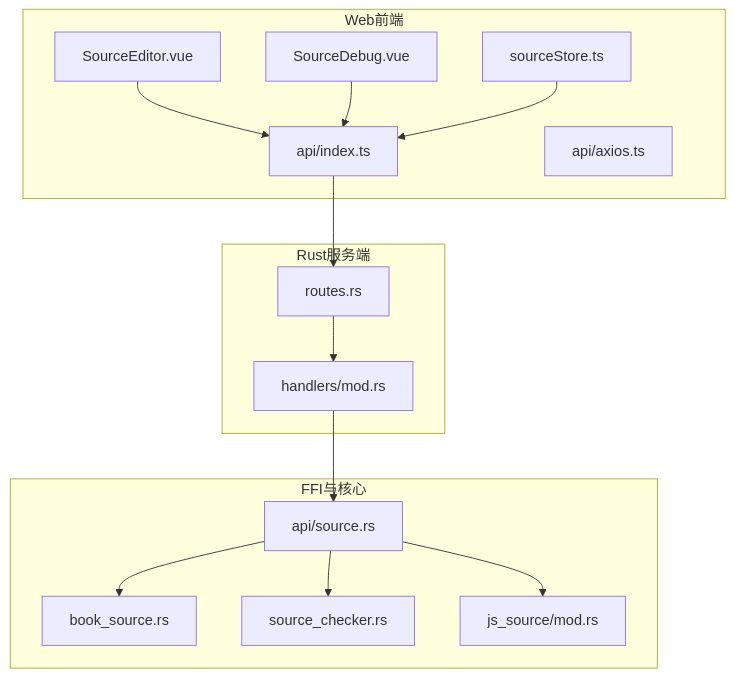
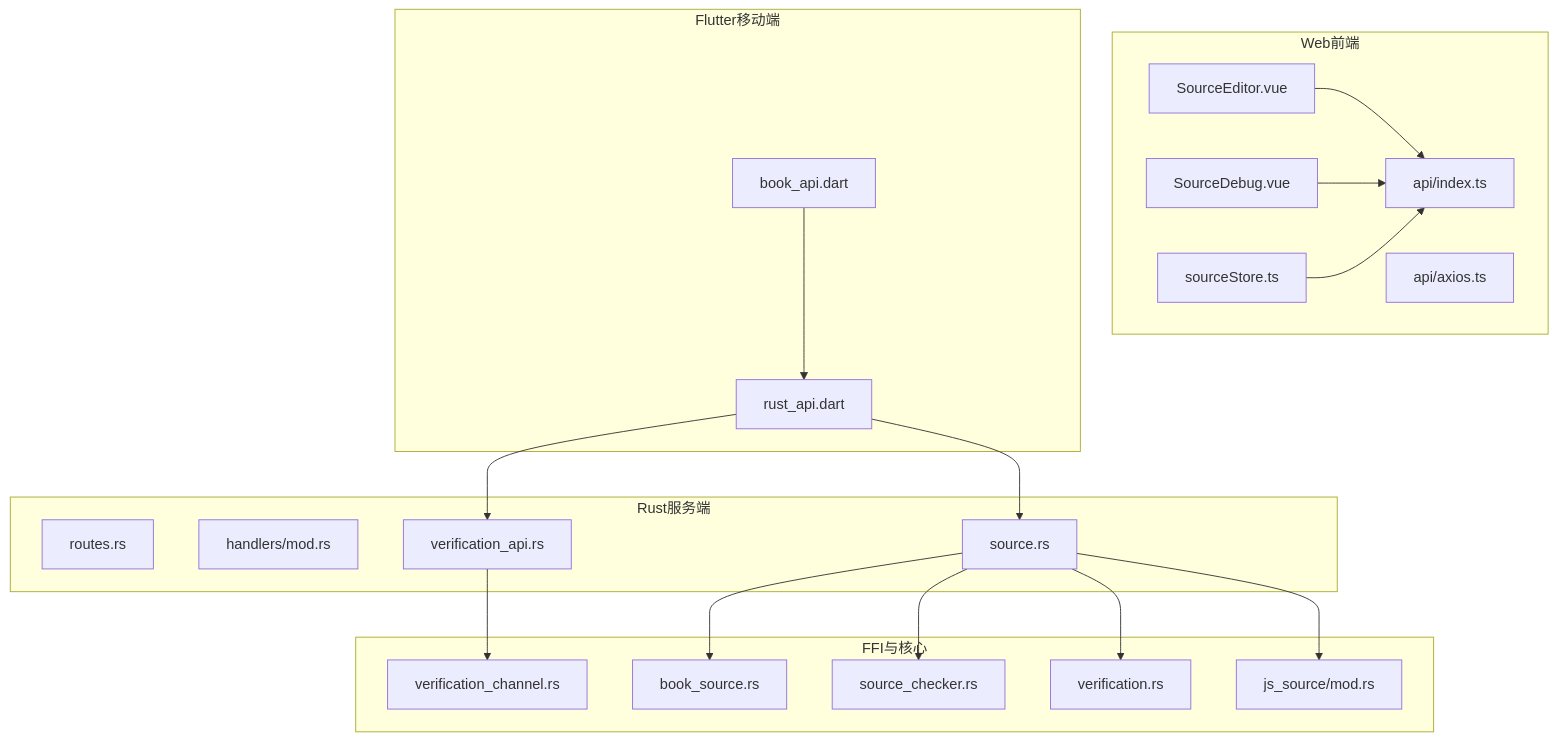
Before and after one commit to ZhangGHGitHub/LegadoTeamFlutter: the first of 5 diagrams in .qoder/repowiki/zh/content/API参考/RESTful API接口/源管理API.md, drawn with Mermaid. The commit also changed other lines of this file and 173 other files, not shown here.

````diff
--- a/.qoder/repowiki/zh/content/API参考/RESTful API接口/源管理API.md
+++ b/.qoder/repowiki/zh/content/API参考/RESTful API接口/源管理API.md
@@ -40,29 +57,38 @@
 ```mermaid
 graph TB
 subgraph "Web前端"
 A["SourceEditor.vue"]
 B["SourceDebug.vue"]
 C["sourceStore.ts"]
 D["api/index.ts"]
 E["api/axios.ts"]
 end
+subgraph "Flutter移动端"
+F["book_api.dart"]
+G["rust_api.dart"]
+end
 subgraph "Rust服务端"
-R1["routes.rs"]
-R2["handlers/mod.rs"]
+H["routes.rs"]
+I["handlers/mod.rs"]
+J["verification_api.rs"]
+K["source.rs"]
 end
 subgraph "FFI与核心"
-F1["api/source.rs"]
-F2["book_source.rs"]
-F3["source_checker.rs"]
-F4["js_source/mod.rs"]
+L["verification_channel.rs"]
+M["book_source.rs"]
+N["source_checker.rs"]
+O["verification.rs"]
+P["js_source/mod.rs"]
 end
 A --> D
 B --> D
 C --> D
-D --> R1
-R1 --> R2
-R2 --> F1
-F1 --> F2
-F1 --> F3
-F1 --> F4
+F --> G
+G --> J
+G --> K
+J --> L
+K --> M
+K --> N
+K --> O
+K --> P
 ```
````
